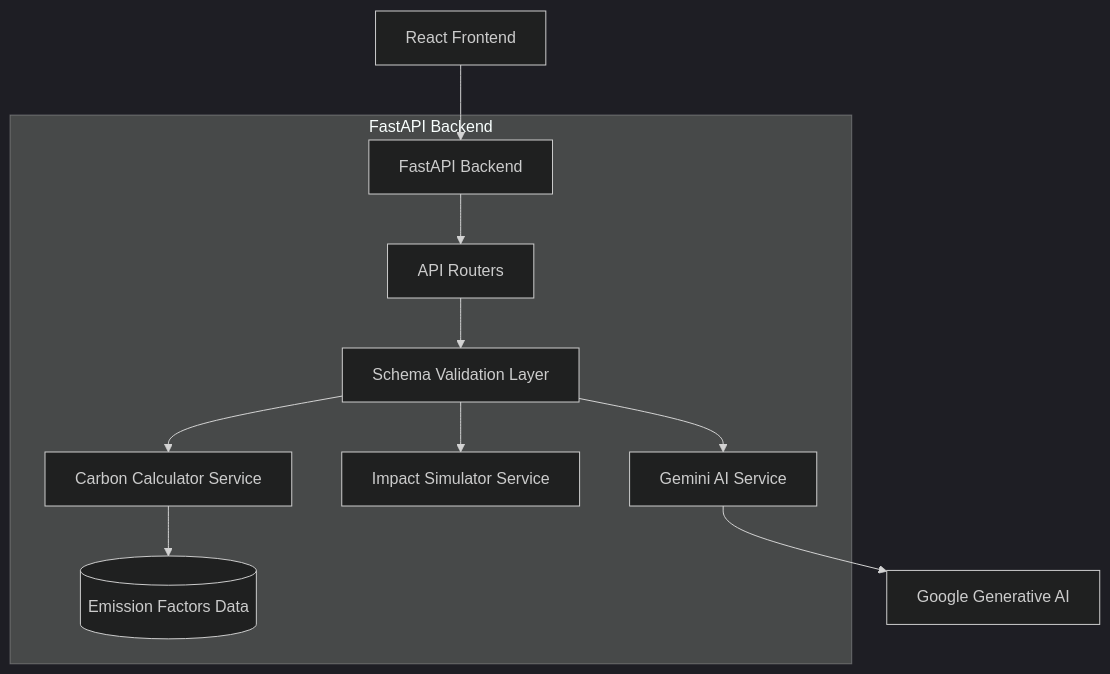
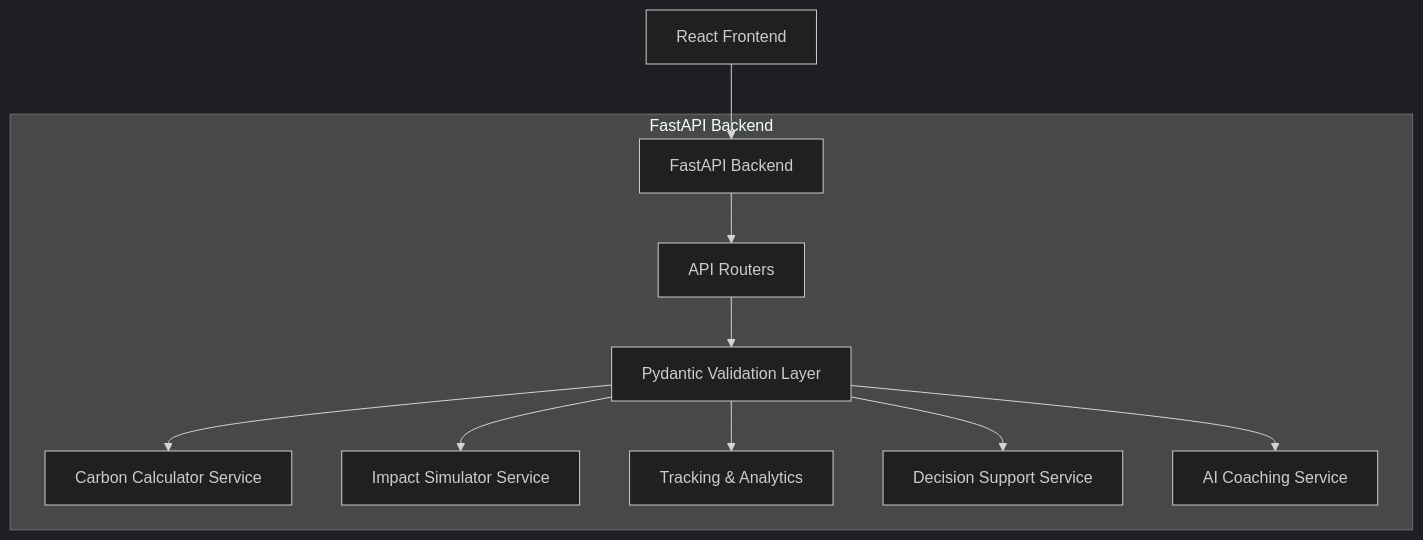
One commit to ShazilParwez/carbon-compass changed the second of 2 diagrams in backend/ARCHITECTURE.md. Above: the diagram before and after it, drawn with Mermaid (dark theme). The commit also changed other lines of this file and 17 other files, not shown here.

````diff
--- a/backend/ARCHITECTURE.md
+++ b/backend/ARCHITECTURE.md
@@ -5,17 +72,15 @@
 ```mermaid
 graph TD
     Client[React Frontend] --> API[FastAPI Backend]
-    
+
     subgraph FastAPI Backend
         API --> Routes[API Routers]
-        Routes --> Pydantic[Schema Validation Layer]
+        Routes --> Schemas[Pydantic Validation Layer]
         
-        Pydantic --> CalcService[Carbon Calculator Service]
-        Pydantic --> SimService[Impact Simulator Service]
-        Pydantic --> GeminiService[Gemini AI Service]
-        
-        CalcService --> EF[(Emission Factors Data)]
+        Schemas --> CarbonService[Carbon Calculator Service]
+        Schemas --> SimulatorService[Impact Simulator Service]
+        Schemas --> TrackingService[Tracking & Analytics]
+        Schemas --> DecisionService[Decision Support Service]
+        Schemas --> GeminiService[AI Coaching Service]
     end
-    
-    GeminiService --> GoogleAPI[Google Generative AI]
 ```
````
